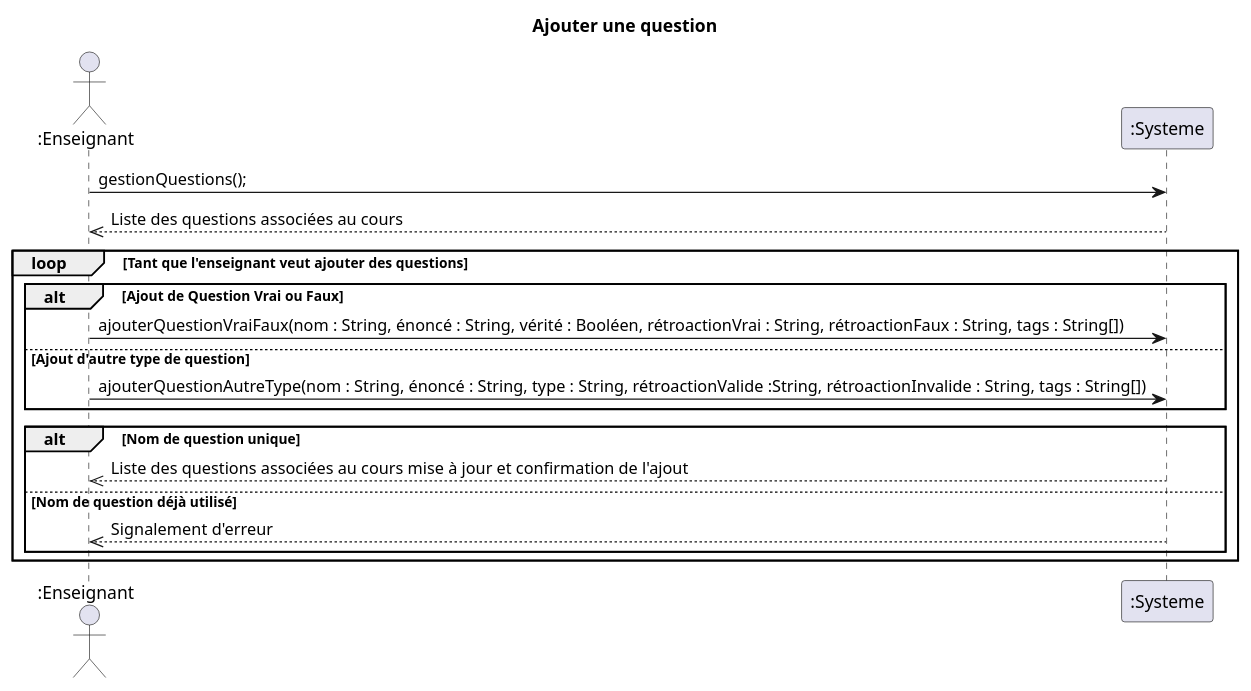
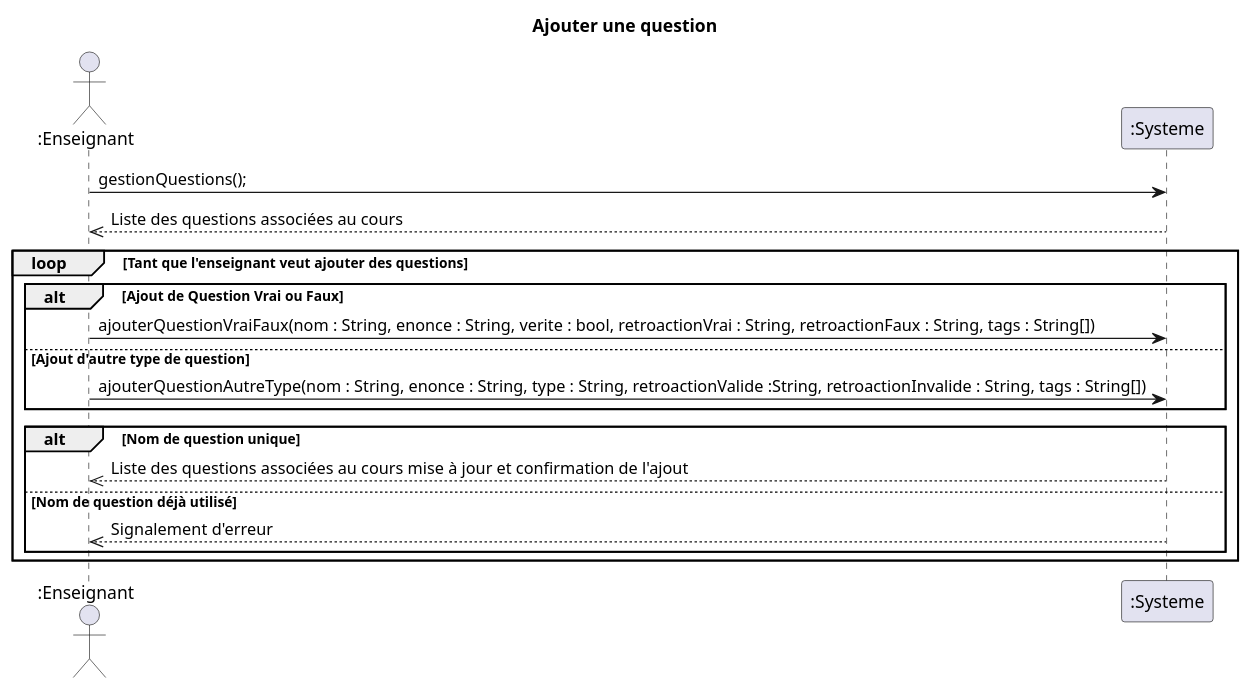
One commit to xMrYahya/moodle-clone changed the diagram in docs/modeles/cu02/dss-ajouter-question.puml. Above: the diagram before and after it, drawn with PlantUML. The commit also changed 2 other files, not shown here.

```diff
--- a/docs/modeles/cu02/dss-ajouter-question.puml
+++ b/docs/modeles/cu02/dss-ajouter-question.puml
@@ -1,22 +1,22 @@
 @startuml
 title Ajouter une question
 actor ":Enseignant" as e
 participant ":Systeme" as s
 ' Ajout des Pre conditions ici si nécessaire
 e->s : gestionQuestions();
 s-->>e : Liste des questions associées au cours
 loop Tant que l'enseignant veut ajouter des questions
 alt Ajout de Question Vrai ou Faux
-e->s : ajouterQuestionVraiFaux(nom : String, énoncé : String, vérité : Booléen, rétroactionVrai : String, rétroactionFaux : String, tags : String[])
+e->s : ajouterQuestionVraiFaux(nom : String, enonce : String, verite : bool, retroactionVrai : String, retroactionFaux : String, tags : String[])
 else Ajout d'autre type de question
- e->s : ajouterQuestionAutreType(nom : String, énoncé : String, type : String, rétroactionValide :String, rétroactionInvalide : String, tags : String[])
+ e->s : ajouterQuestionAutreType(nom : String, enonce : String, type : String, retroactionValide :String, retroactionInvalide : String, tags : String[])
 end alt
 
 alt Nom de question unique
     s-->>e : Liste des questions associées au cours mise à jour et confirmation de l'ajout
 else Nom de question déjà utilisé
     s-->>e : Signalement d'erreur
 end alt
 end loop
 
 @enduml
```
